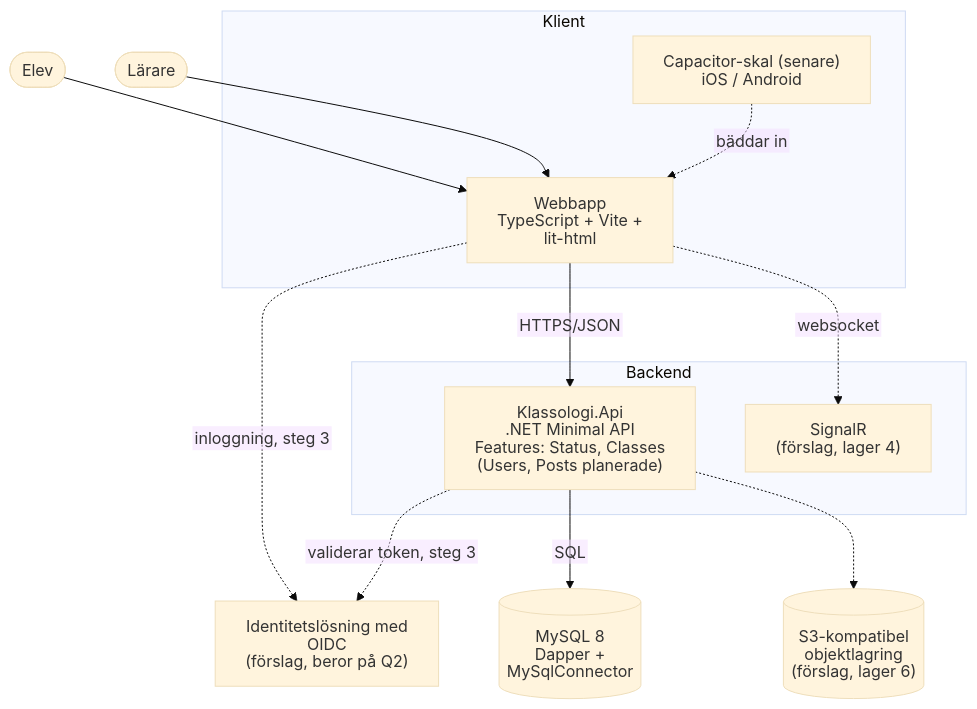
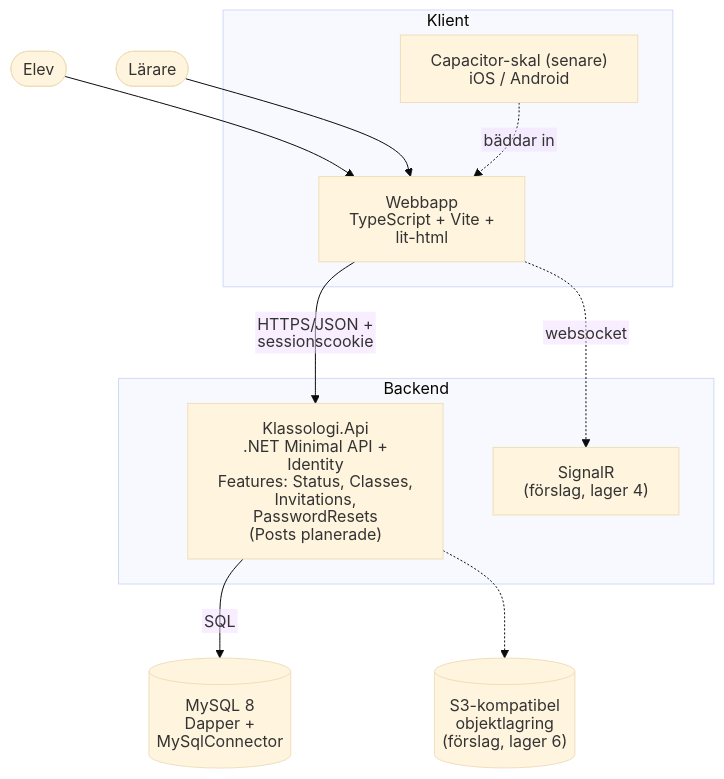
One commit to WeeHorse/Klassologi changed the second of 3 diagrams in Specifications/Architecture.md. Above: the diagram before and after it, drawn with Mermaid (base theme). The commit also changed other lines of this file and 23 other files, not shown here.

First line of the commit message:
Add accounts, invitations and login with ASP.NET Core Identity (step 3a)

````diff
--- a/Specifications/Architecture.md
+++ b/Specifications/Architecture.md
@@ -38,30 +36,27 @@
 ```mermaid
 %%{init: {"htmlLabels": false, "flowchart": {"htmlLabels": false}}}%%
 flowchart TB
     elev([Elev])
     larare([Lärare])
 
     subgraph klient[Klient]
         web["Webbapp<br/>TypeScript + Vite + lit-html"]
         cap["Capacitor-skal (senare)<br/>iOS / Android"]
     end
 
     subgraph backend[Backend]
-        api["Klassologi.Api<br/>.NET Minimal API<br/>Features: Status, Classes<br/>(Users, Posts planerade)"]
+        api["Klassologi.Api<br/>.NET Minimal API + Identity<br/>Features: Status, Classes,<br/>Invitations, PasswordResets<br/>(Posts planerade)"]
         rt["SignalR<br/>(förslag, lager 4)"]
     end
 
     db[("MySQL 8<br/>Dapper + MySqlConnector")]
-    auth["Identitetslösning med OIDC<br/>(förslag, beror på Q2)"]
     s3[("S3-kompatibel objektlagring<br/>(förslag, lager 6)")]
 
     elev --> web
     larare --> web
     cap -. bäddar in .-> web
-    web -- HTTPS/JSON --> api
+    web -- HTTPS/JSON + sessionscookie --> api
     web -. websocket .-> rt
-    web -. inloggning, steg 3 .-> auth
-    api -. validerar token, steg 3 .-> auth
     api -- SQL --> db
     api -.-> s3
 ```
````
